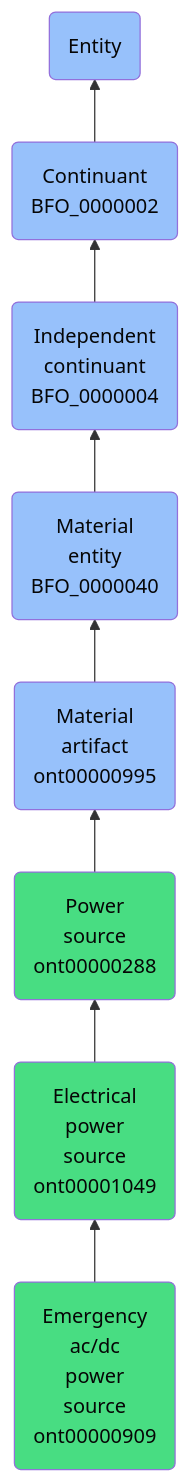
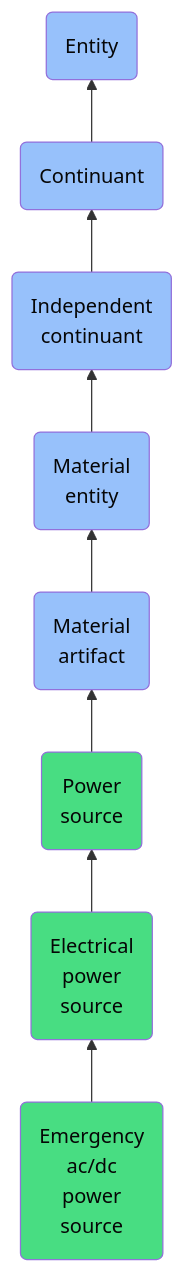
One commit to jupyter-naas/abi changed the diagram in docs/ontology/reference/model/Entity/Continuant/Independent continuant/Material entity/Material artifact/Power source/Electrical power source/Emergency ac/dc power source/Emergency ac/dc power source.md. Above: the diagram before and after it, drawn with Mermaid. The commit also changed other lines of this file and 1430 other files, not shown here.

````diff
--- a/docs/ontology/reference/model/Entity/Continuant/Independent continuant/Material entity/Material artifact/Power source/Electrical power source/Emergency ac/dc power source/Emergency ac/dc power source.md
+++ b/docs/ontology/reference/model/Entity/Continuant/Independent continuant/Material entity/Material artifact/Power source/Electrical power source/Emergency ac/dc power source/Emergency ac/dc power source.md
@@ -24,15 +24,15 @@
 ```mermaid
 graph BT
-    ont00000909(Emergency<br>ac/dc<br>power<br>source<br>ont00000909):::ABI-->ont00001049
-    ont00001049(Electrical<br>power<br>source<br>ont00001049):::ABI-->ont00000288
-    ont00000288(Power<br>source<br>ont00000288):::ABI-->ont00000995
-    ont00000995(Material<br>artifact<br>ont00000995):::BFO-->BFO_0000040
-    BFO_0000040(Material<br>entity<br>BFO_0000040):::BFO-->BFO_0000004
-    BFO_0000004(Independent<br>continuant<br>BFO_0000004):::BFO-->BFO_0000002
-    BFO_0000002(Continuant<br>BFO_0000002):::BFO-->BFO_0000001
+    ont00000909(Emergency<br>ac/dc<br>power<br>source):::ABI-->ont00001049
+    ont00001049(Electrical<br>power<br>source):::ABI-->ont00000288
+    ont00000288(Power<br>source):::ABI-->ont00000995
+    ont00000995(Material<br>artifact):::BFO-->BFO_0000040
+    BFO_0000040(Material<br>entity):::BFO-->BFO_0000004
+    BFO_0000004(Independent<br>continuant):::BFO-->BFO_0000002
+    BFO_0000002(Continuant):::BFO-->BFO_0000001
     BFO_0000001(Entity):::BFO
     
     classDef BFO fill:#97c1fb,color:#060606
     classDef CCO fill:#e4c51e,color:#060606
     classDef ABI fill:#48DD82,color:#060606
 ```
````
